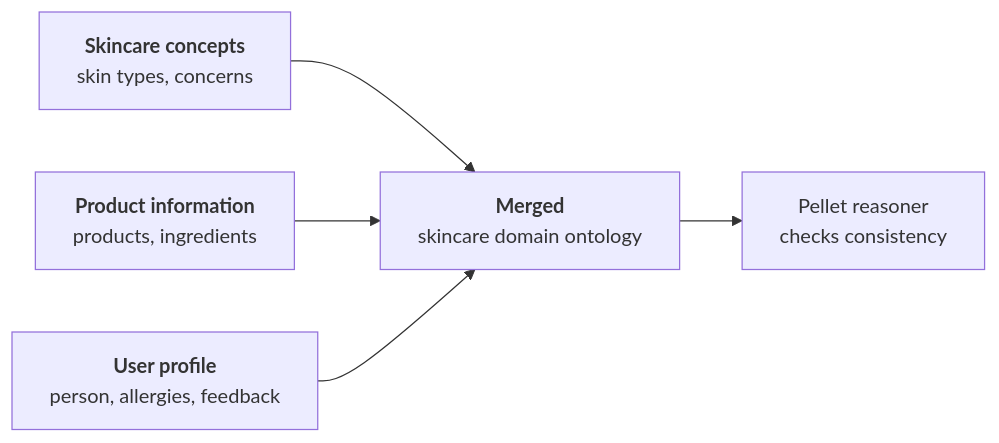
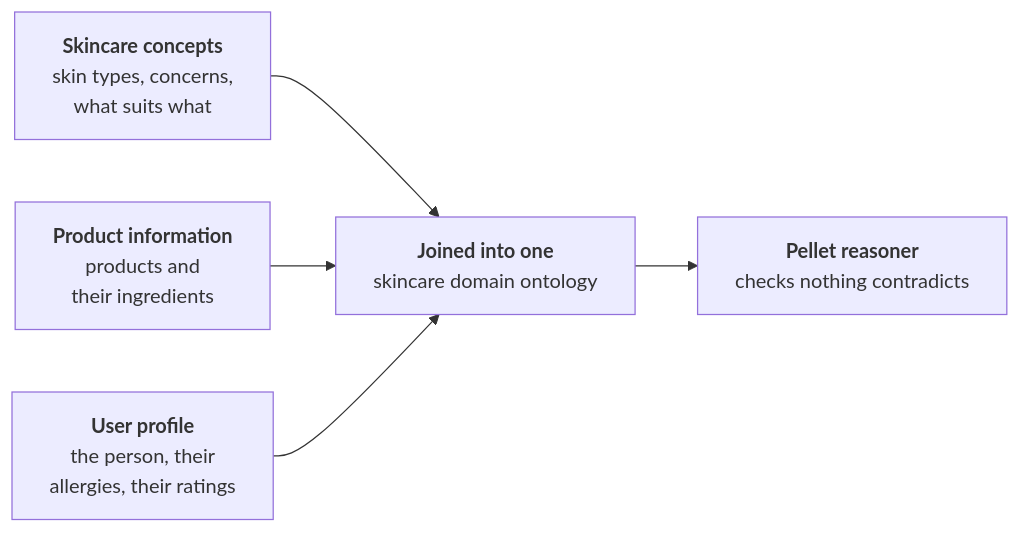
One commit to devexlynne/A-Multi-Source-Enriched-Skincare-Product-Dataset-for-Knowledge-Graph-Based-Recommendation changed the first of 6 diagrams in ONTOLOGY_REUSE.md. Above: the diagram before and after it, drawn with Mermaid. The commit also changed other lines of this file and 4 other files, not shown here.

````diff
--- a/ONTOLOGY_REUSE.md
+++ b/ONTOLOGY_REUSE.md
@@ -36,10 +59,10 @@
 ```mermaid
 graph LR
-    A["<b>Skincare concepts</b><br/>skin types, concerns"]
-    B["<b>Product information</b><br/>products, ingredients"]
-    C["<b>User profile</b><br/>person, allergies, feedback"]
-    A --> M["<b>Merged</b><br/>skincare domain ontology"]
+    A["<b>Skincare concepts</b><br/>skin types, concerns,<br/>what suits what"]
+    B["<b>Product information</b><br/>products and<br/>their ingredients"]
+    C["<b>User profile</b><br/>the person, their<br/>allergies, their ratings"]
+    A --> M["<b>Joined into one</b><br/>skincare domain ontology"]
     B --> M
     C --> M
-    M --> R["Pellet reasoner<br/>checks consistency"]
+    M --> R["<b>Pellet reasoner</b><br/>checks nothing contradicts"]
 ```
````
